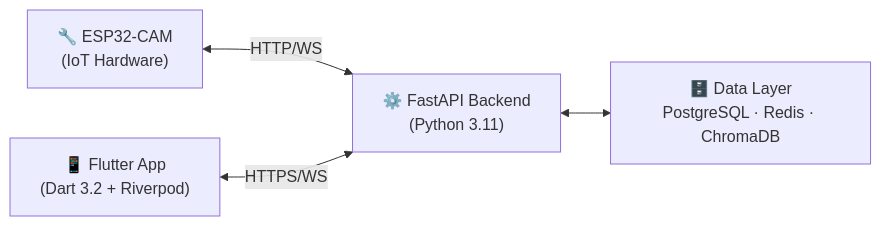
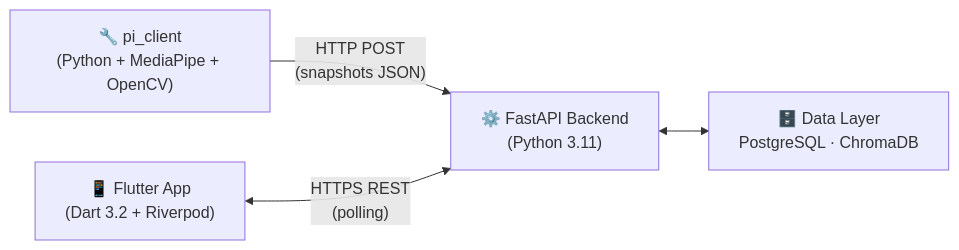
One commit to Jkacem/smart_focus changed the diagram in docs/Conception_Document_Final.md. Above: the diagram before and after it, drawn with Mermaid. The commit also changed other lines of this file and 93 other files, not shown here.

````diff
--- a/docs/Conception_Document_Final.md
+++ b/docs/Conception_Document_Final.md
@@ -41,11 +43,11 @@
 ```mermaid
 graph LR
-    ESP["🔧 ESP32-CAM\n(IoT Hardware)"]
+    PI["🔧 pi_client\n(Python + MediaPipe + OpenCV)"]
     BACK["⚙️ FastAPI Backend\n(Python 3.11)"]
-    DATA["🗄️ Data Layer\nPostgreSQL · Redis · ChromaDB"]
+    DATA["🗄️ Data Layer\nPostgreSQL · ChromaDB"]
     APP["📱 Flutter App\n(Dart 3.2 + Riverpod)"]
 
-    ESP <-->|"HTTP/WS"| BACK
+    PI -->|"HTTP POST\n(snapshots JSON)"| BACK
     BACK <--> DATA
-    APP <-->|"HTTPS/WS"| BACK
+    APP <-->|"HTTPS REST\n(polling)"| BACK
 ```
````
